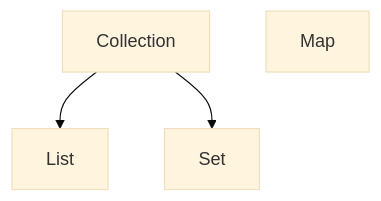
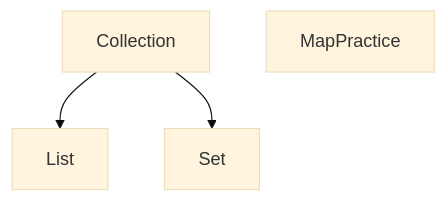
The diagram in out/production/woowa-eunkeeee/자바의정석.md (gitchannn/studeeeeeeee), drawn with Mermaid (base theme) before and after one commit. The commit also changed other lines of this file and 16 other files, not shown here.

````diff
--- a/out/production/woowa-eunkeeee/자바의정석.md
+++ b/out/production/woowa-eunkeeee/자바의정석.md
@@ -359,6 +359,6 @@
 ```mermaid
 graph TD 
 A[Collection] --> B[List]
 A --> C[Set]
-D[Map]
+D[MapPractice]
 ```
````
